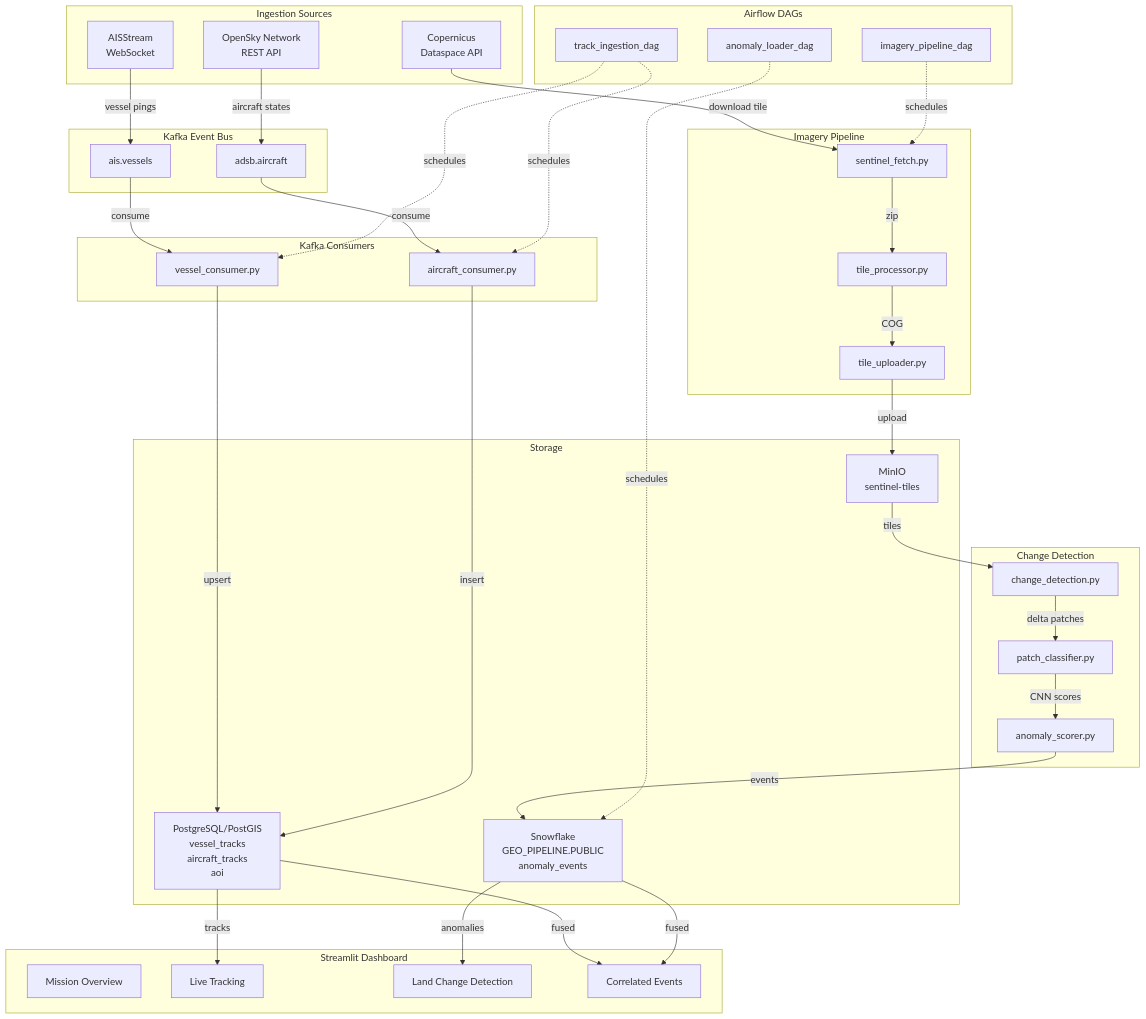
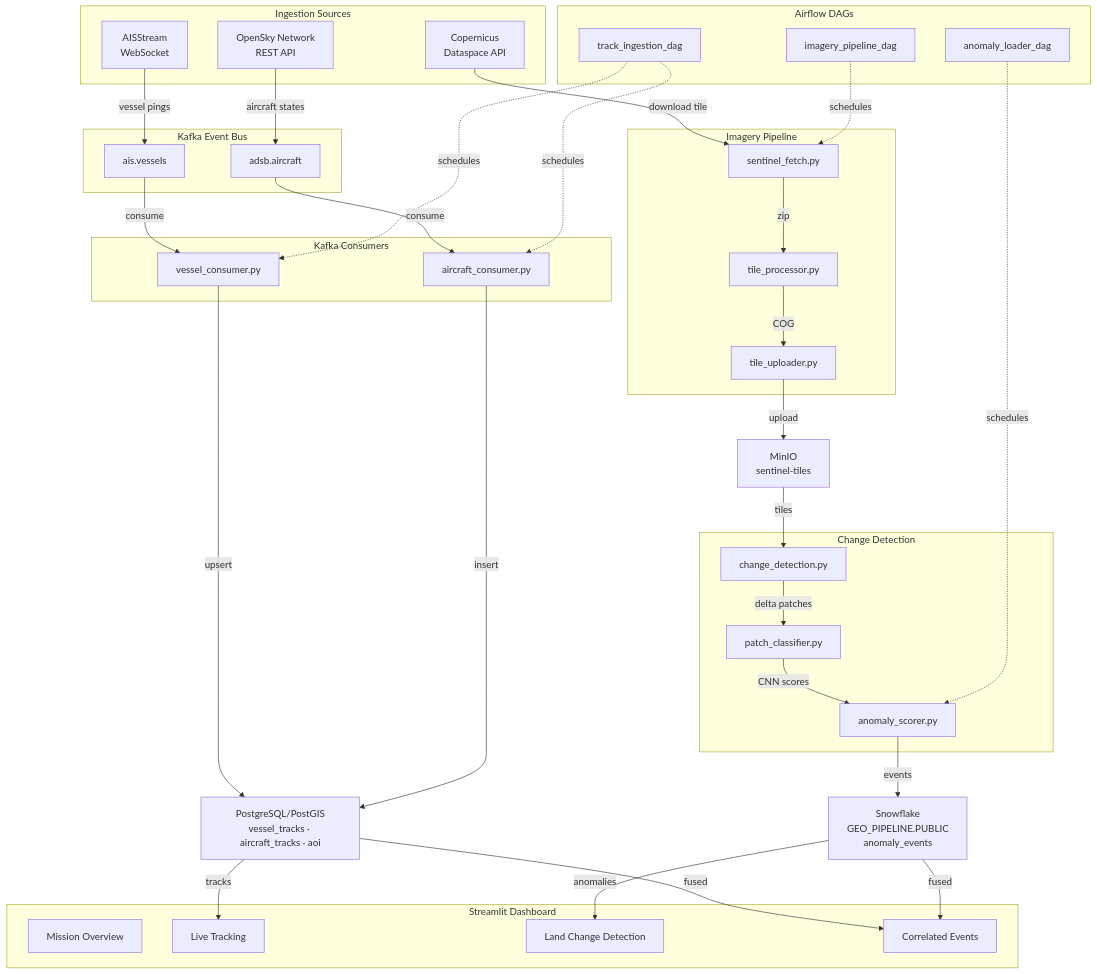
The diagram in README.md (cristi4nhdz/geospatial-activity-pipeline), drawn with Mermaid before and after one commit. The commit also changed other lines of this file, not shown here.

Commit message:
docs: update README with better formatting of architecture

````diff
--- a/README.md
+++ b/README.md
@@ -30,71 +32,69 @@
 ```mermaid
 flowchart TD
     subgraph Sources["Ingestion Sources"]
         AIS["AISStream\nWebSocket"]
         OpenSky["OpenSky Network\nREST API"]
         Copernicus["Copernicus\nDataspace API"]
     end
 
     subgraph Kafka["Kafka Event Bus"]
         K1["ais.vessels"]
         K2["adsb.aircraft"]
     end
 
     subgraph Consumers["Kafka Consumers"]
         C1["vessel_consumer.py"]
         C2["aircraft_consumer.py"]
     end
 
     subgraph Imagery["Imagery Pipeline"]
         F["sentinel_fetch.py"]
         P["tile_processor.py"]
         U["tile_uploader.py"]
     end
 
     subgraph Detection["Change Detection"]
         CD["change_detection.py"]
         PC["patch_classifier.py"]
         AS["anomaly_scorer.py"]
     end
 
     subgraph Orchestration["Airflow DAGs"]
         D1["track_ingestion_dag"]
         D2["imagery_pipeline_dag"]
         D3["anomaly_loader_dag"]
     end
 
-    subgraph Storage["Storage"]
-        PG["PostgreSQL/PostGIS\nvessel_tracks\naircraft_tracks\naoi"]
-        MN["MinIO\nsentinel-tiles"]
-        SF["Snowflake\nGEO_PIPELINE.PUBLIC\nanomaly_events"]
-    end
-
     subgraph Dashboard["Streamlit Dashboard"]
         DB1["Mission Overview"]
         DB2["Live Tracking"]
         DB3["Land Change Detection"]
         DB4["Correlated Events"]
     end
+
+    PG["PostgreSQL/PostGIS\nvessel_tracks · aircraft_tracks · aoi"]
+    MN["MinIO\nsentinel-tiles"]
+    SF["Snowflake\nGEO_PIPELINE.PUBLIC\nanomaly_events"]
 
     AIS -->|vessel pings| K1
     OpenSky -->|aircraft states| K2
     K1 -->|consume| C1
     K2 -->|consume| C2
     C1 -->|upsert| PG
     C2 -->|insert| PG
     Copernicus -->|download tile| F
     F -->|zip| P
     P -->|COG| U
     U -->|upload| MN
     MN -->|tiles| CD
     CD -->|delta patches| PC
     PC -->|CNN scores| AS
     AS -->|events| SF
     D1 -.->|schedules| C1
     D1 -.->|schedules| C2
     D2 -.->|schedules| F
-    D3 -.->|schedules| SF
+    D3 -.->|schedules| AS
     PG -->|tracks| DB2
     SF -->|anomalies| DB3
     PG & SF -->|fused| DB4
 ```
````
